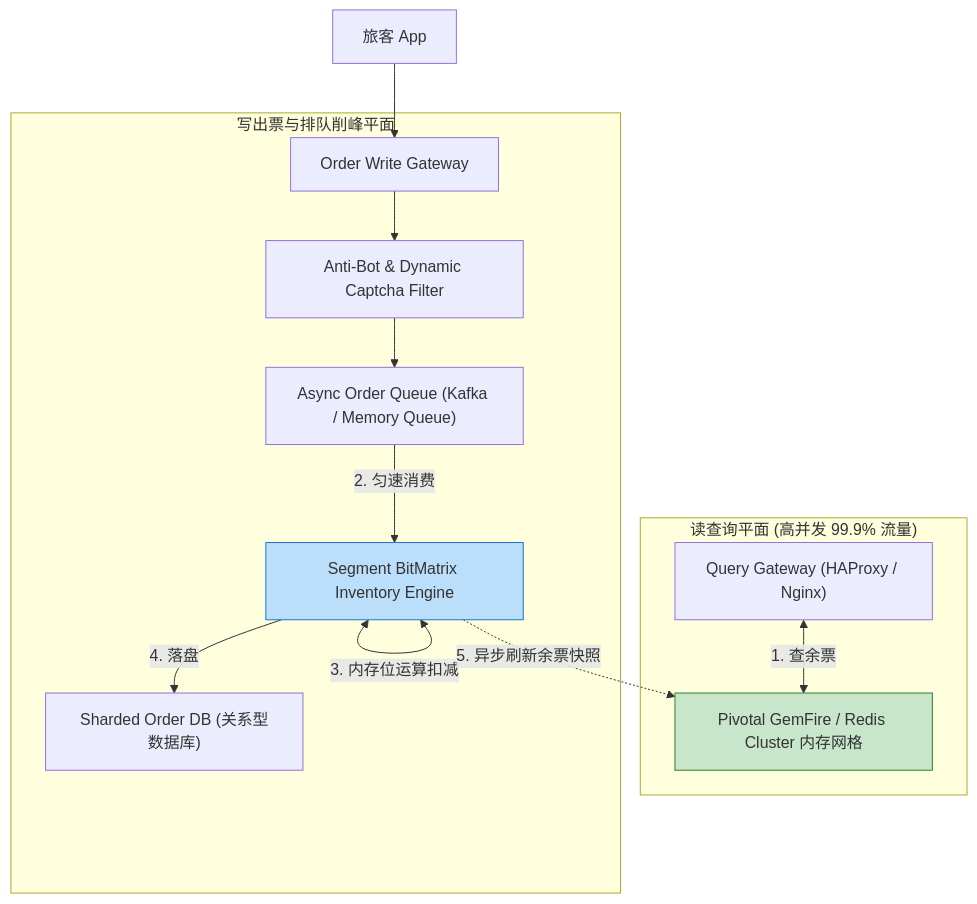
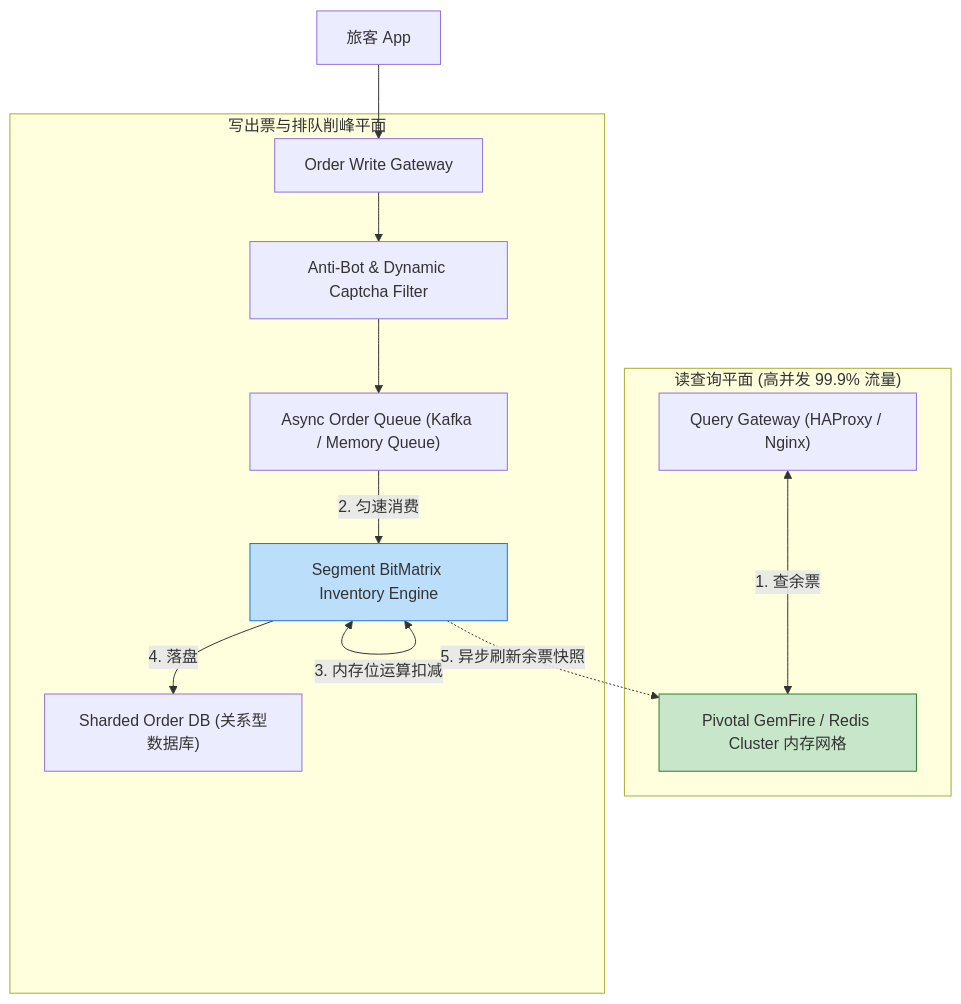
The fourth of 6 diagrams in docs/atlas/12306.mdx (koosai/AI-Architect-Learning), drawn with Mermaid before and after one commit. The commit also changed other lines of this file and 68 other files, not shown here.

Commit message:
fix(atlas): fix browser client-side Mermaid rendering for mindmaps and flowcharts across 67 case studies

````diff
--- a/docs/atlas/12306.mdx
+++ b/docs/atlas/12306.mdx
@@ -124,28 +124,28 @@
 ```mermaid
 graph TB
   subgraph ReadQueryPlane["读查询平面 (高并发 99.9% 流量)"]
     QueryGateway["Query Gateway (HAProxy / Nginx)"]
     MemoryGridCluster["Pivotal GemFire / Redis Cluster 内存网格"]
   end
 
   subgraph WriteBookingPlane["写出票与排队削峰平面"]
     OrderGateway["Order Write Gateway"]
     AntiBotCaptcha["Anti-Bot & Dynamic Captcha Filter"]
     AsyncOrderQueue["Async Order Queue (Kafka / Memory Queue)"]
     BitMatrixEngine["Segment BitMatrix Inventory Engine"]
     BookingDBCluster["Sharded Order DB (关系型数据库)"]
   end
 
-  QueryGateway <-->|1. 查余票| MemoryGridCluster
+  QueryGateway <--->|1. 查余票| MemoryGridCluster
 
   PassengerClient["旅客 App"] --> OrderGateway
   OrderGateway --> AntiBotCaptcha
   AntiBotCaptcha --> AsyncOrderQueue
   AsyncOrderQueue -->|2. 匀速消费| BitMatrixEngine
-  BitMatrixEngine <-->|3. 内存位运算扣减| BitMatrixEngine
+  BitMatrixEngine <--->|3. 内存位运算扣减| BitMatrixEngine
   BitMatrixEngine -->|4. 落盘| BookingDBCluster
   BitMatrixEngine -.->|5. 异步刷新余票快照| MemoryGridCluster
 
   style MemoryGridCluster fill:#c8e6c9,stroke:#2e7d32
   style BitMatrixEngine fill:#bbdefb,stroke:#1976d2
 ```
````
